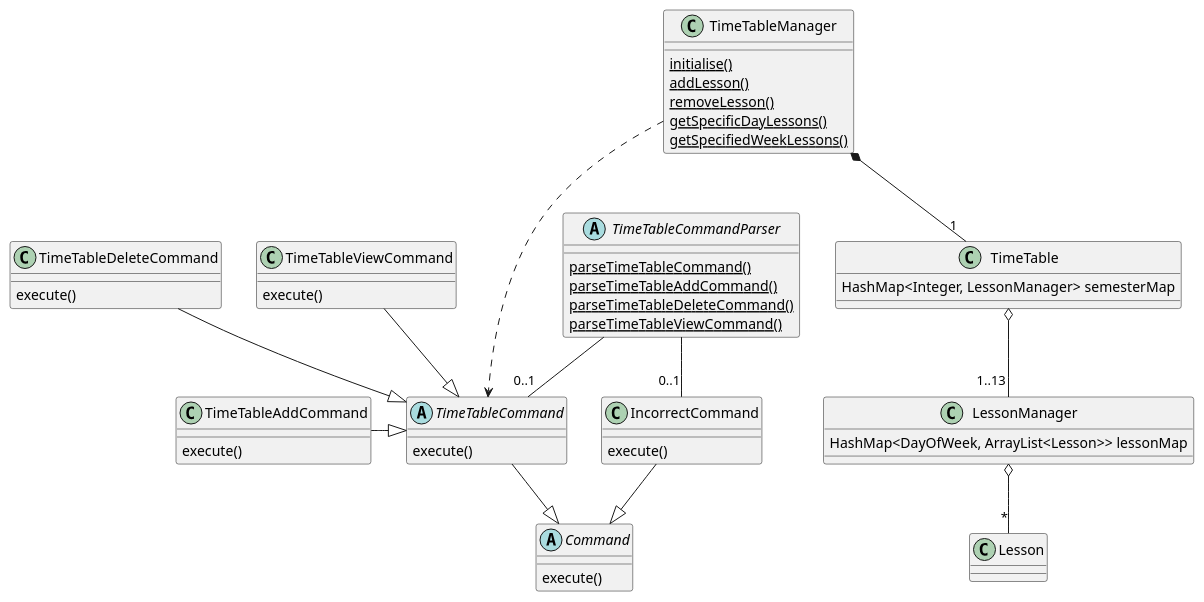
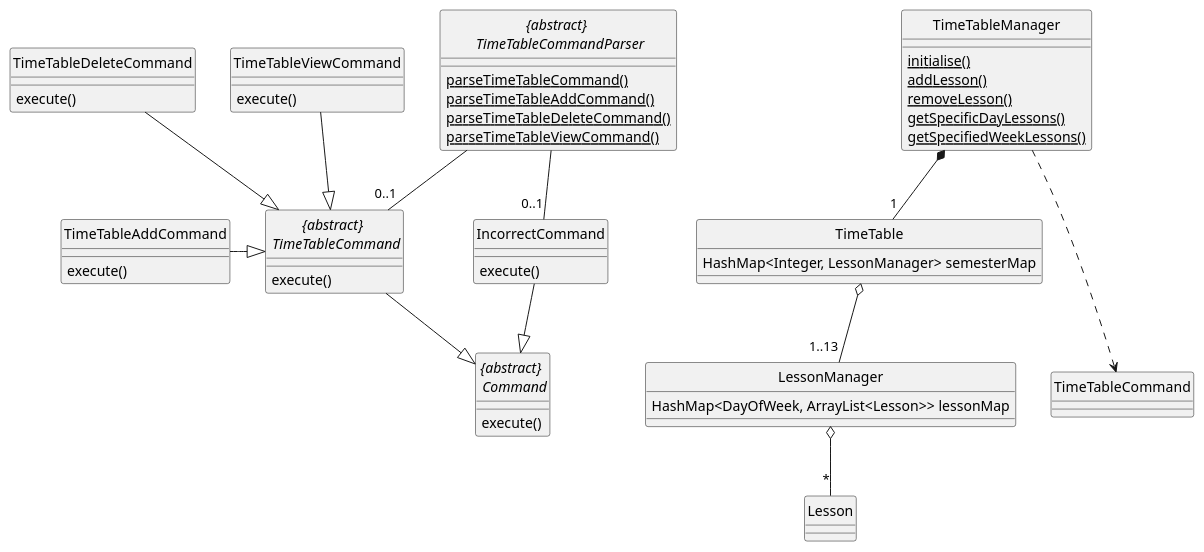
The diagram in docs/diagrams/UML/TimeTableClassDiagram.puml (wangqinNick/tp), drawn with PlantUML before and after one commit. The commit also changed 9 other files, not shown here.

Commit message:
Amend class diagrams to remove the circle

```diff
--- a/docs/diagrams/UML/TimeTableClassDiagram.puml
+++ b/docs/diagrams/UML/TimeTableClassDiagram.puml
@@ -1,70 +1,74 @@
 @startuml
+
+hide circle
+skinparam classAttributeIconSize 0
+
 class TimeTableAddCommand
 class TimeTableDeleteCommand
 class TimeTableViewCommand
 class Lesson
 
-abstract class TimeTableCommandParser {
+abstract class "{abstract} \n TimeTableCommandParser" {
     {static} parseTimeTableCommand()
     {static} parseTimeTableAddCommand()
     {static} parseTimeTableDeleteCommand()
     {static} parseTimeTableViewCommand()
 }
 
-abstract class TimeTableCommand {
+abstract class "{abstract} \n TimeTableCommand" {
     execute()
 }
 
-abstract class Command {
+abstract class "{abstract} \n Command" {
     execute()
 }
 
 class TimeTable {
     HashMap<Integer, LessonManager> semesterMap
 }
 
 class TimeTableAddCommand {
     execute()
 }
 
 class TimeTableViewCommand {
     execute()
 }
 
 class TimeTableDeleteCommand {
     execute()
 }
 
 class IncorrectCommand {
     execute()
 }
 
 class LessonManager {
     HashMap<DayOfWeek, ArrayList<Lesson>> lessonMap
 }
 
 class TimeTableManager {
     {static} initialise()
     {static} addLesson()
     {static} removeLesson()
     {static} getSpecificDayLessons()
     {static} getSpecifiedWeekLessons()
 }
 
-TimeTableCommand --|> Command
-IncorrectCommand --|> Command
+"{abstract} \n TimeTableCommand" --|> "{abstract} \n Command"
+IncorrectCommand --|> "{abstract} \n Command"
 
-TimeTableCommandParser -- "0..1" TimeTableCommand
-TimeTableCommandParser -- "0..1" IncorrectCommand
+"{abstract} \n TimeTableCommandParser" -- "0..1" "{abstract} \n TimeTableCommand"
+"{abstract} \n TimeTableCommandParser" -- "0..1" IncorrectCommand
 
-TimeTableAddCommand -|> TimeTableCommand
-TimeTableDeleteCommand --|> TimeTableCommand
-TimeTableViewCommand --|> TimeTableCommand
+TimeTableAddCommand -|> "{abstract} \n TimeTableCommand"
+TimeTableDeleteCommand --|> "{abstract} \n TimeTableCommand"
+TimeTableViewCommand --|> "{abstract} \n TimeTableCommand"
 TimeTableManager *-- "1" TimeTable
 TimeTable o-- "1..13" LessonManager
 LessonManager o-- "*" Lesson
 
 TimeTableManager ...> TimeTableCommand
 
 
 @enduml
```
